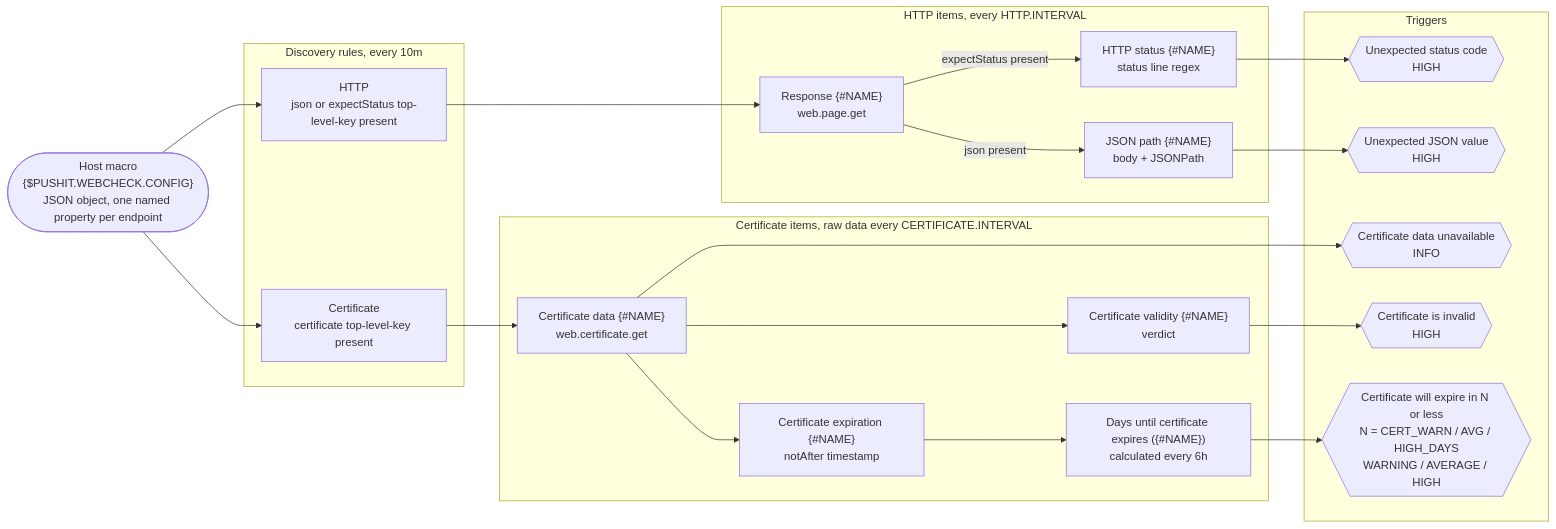
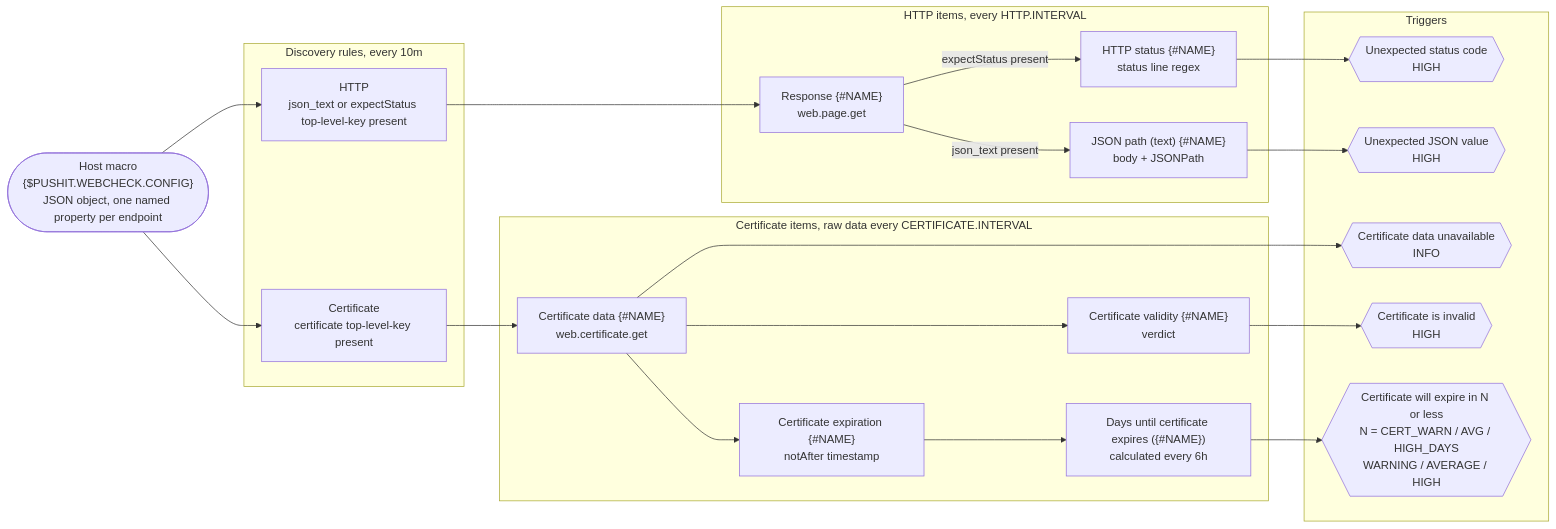
One commit to we-push-it/zabbix-web-check changed the diagram in README.md. Above: the diagram before and after it, drawn with Mermaid. The commit also changed other lines of this file and 3 other files, not shown here.

First line of the commit message:
Rename "JSON path" to "JSON path (text)"

````diff
--- a/README.md
+++ b/README.md
@@ -52,43 +52,43 @@
 ```mermaid
 flowchart LR
     CFG(["Host macro<br/>{$PUSHIT.WEBCHECK.CONFIG}<br/>JSON object, one named property per endpoint"])
 
     subgraph LLD ["Discovery rules, every 10m"]
-        DH["HTTP<br/>json or expectStatus top-level-key present"]
+        DH["HTTP<br/>json_text or expectStatus top-level-key present"]
         DC["Certificate<br/>certificate top-level-key present"]
     end
 
     subgraph HI ["HTTP items, every HTTP.INTERVAL"]
         RAW["Response {#NAME}<br/>web.page.get"]
         ST["HTTP status {#NAME}<br/>status line regex"]
-        JP["JSON path {#NAME}<br/>body + JSONPath"]
+        JP["JSON path (text) {#NAME}<br/>body + JSONPath"]
     end
 
     subgraph CI ["Certificate items, raw data every CERTIFICATE.INTERVAL"]
         CRAW["Certificate data {#NAME}<br/>web.certificate.get"]
         NA["Certificate expiration {#NAME}<br/>notAfter timestamp"]
         VAL["Certificate validity {#NAME}<br/>verdict"]
         DAYS["Days until certificate expires ({#NAME})<br/>calculated every 6h"]
     end
 
     subgraph TRG ["Triggers"]
         T1{{"Unexpected status code<br/>HIGH"}}
         T2{{"Unexpected JSON value<br/>HIGH"}}
         T3{{"Certificate data unavailable<br/>INFO"}}
         T4{{"Certificate is invalid<br/>HIGH"}}
         T5{{"Certificate will expire in N or less<br/>N = CERT_WARN / AVG / HIGH_DAYS<br/>WARNING / AVERAGE / HIGH"}}
     end
 
     CFG --> DH & DC
     DH --> RAW
     RAW -->|expectStatus present| ST
-    RAW -->|json present| JP
+    RAW -->|json_text present| JP
     DC --> CRAW
     CRAW --> NA & VAL
     NA --> DAYS
     ST --> T1
     JP --> T2
     CRAW --> T3
     VAL --> T4
     DAYS --> T5
 ```
````
